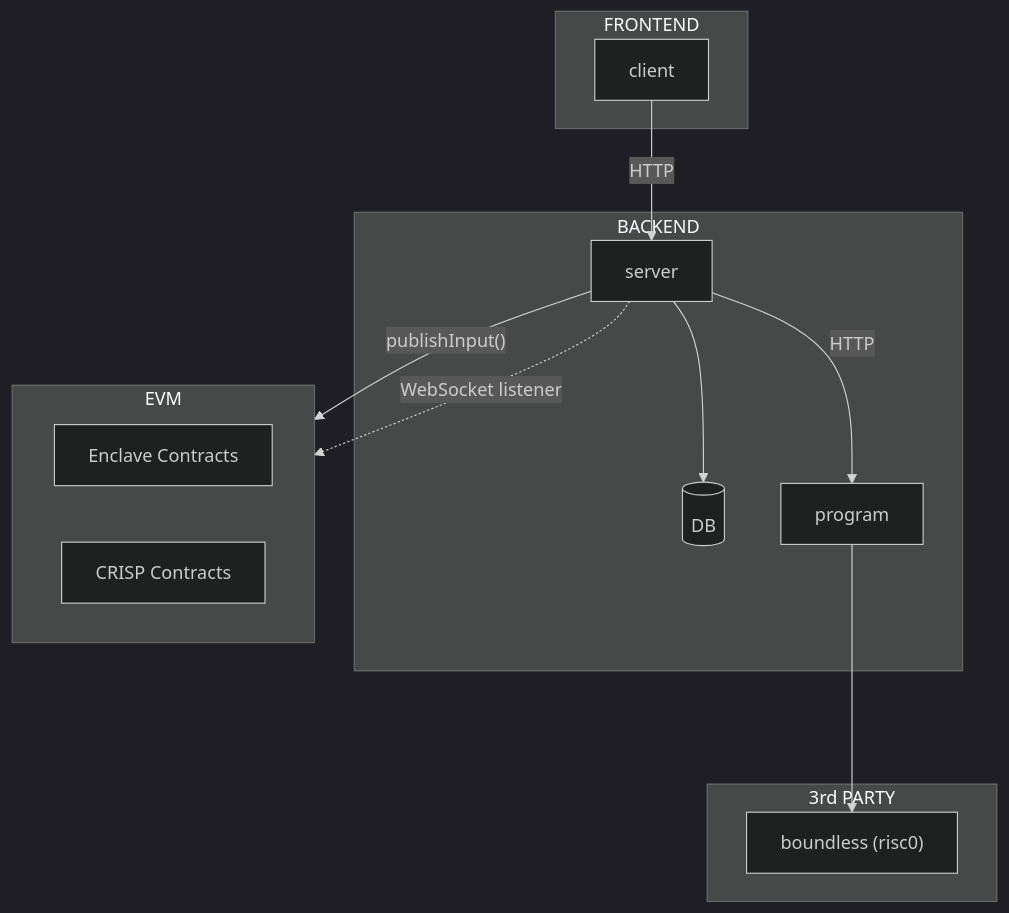
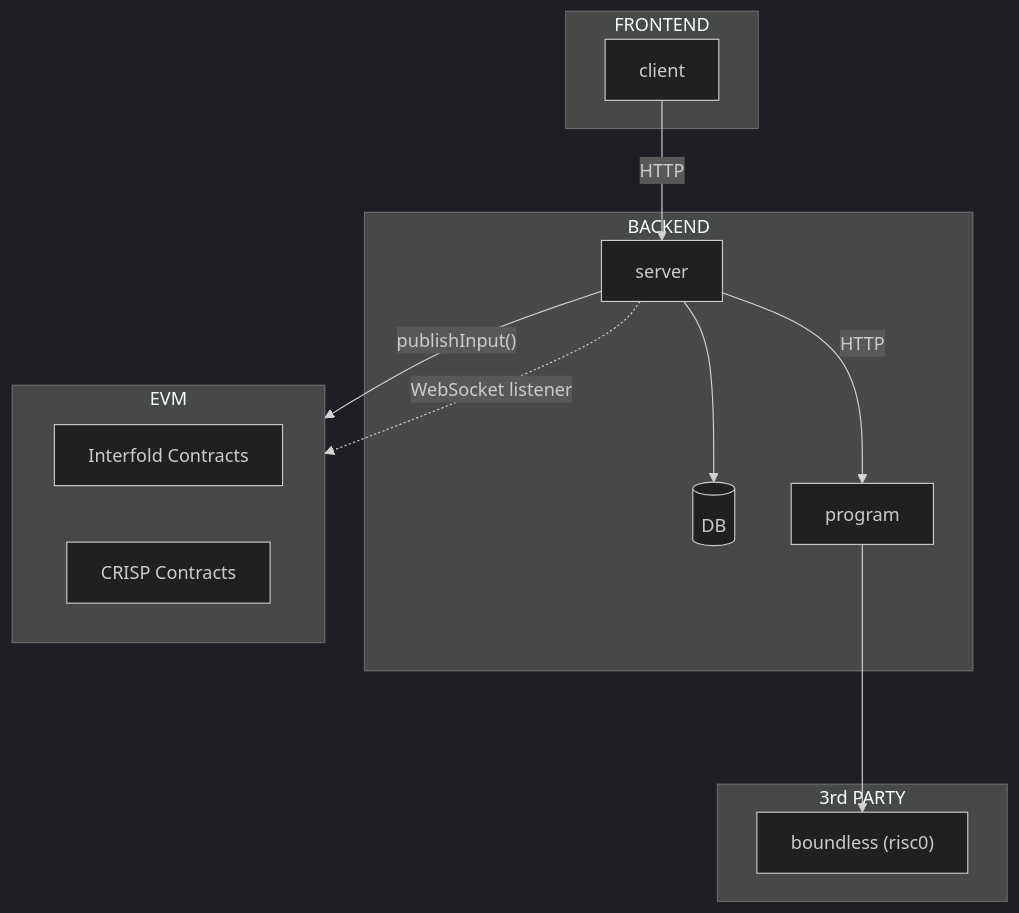
One commit to theinterfold/CRISP changed the diagram in program/README.md. Above: the diagram before and after it, drawn with Mermaid (dark theme). The commit also changed other lines of this file and 69 other files, not shown here.

Commit message:
chore: rename enclave to interfold [skip-line-limit] (#1592)

````diff
--- a/program/README.md
+++ b/program/README.md
@@ -9,26 +9,26 @@
 ```mermaid
 graph TD
   subgraph frontend["FRONTEND"]
     client
   end
   subgraph ec2_1["BACKEND"]
     server["server"] --> db
     db[(DB)]
 
     server --HTTP--> program
   end
   subgraph thirdparty["3rd PARTY"]
     boundless
   end
   client --"HTTP"--> server
   program ---> boundless
 
   boundless["boundless (risc0)"]
 
   server --"publishInput()"--> evm
   subgraph evm["EVM"]
-    esol1["Enclave Contracts"]
+    esol1["Interfold Contracts"]
     csol1["CRISP Contracts"]
   end
   server -. "WebSocket listener" .-> evm
 ```
````
